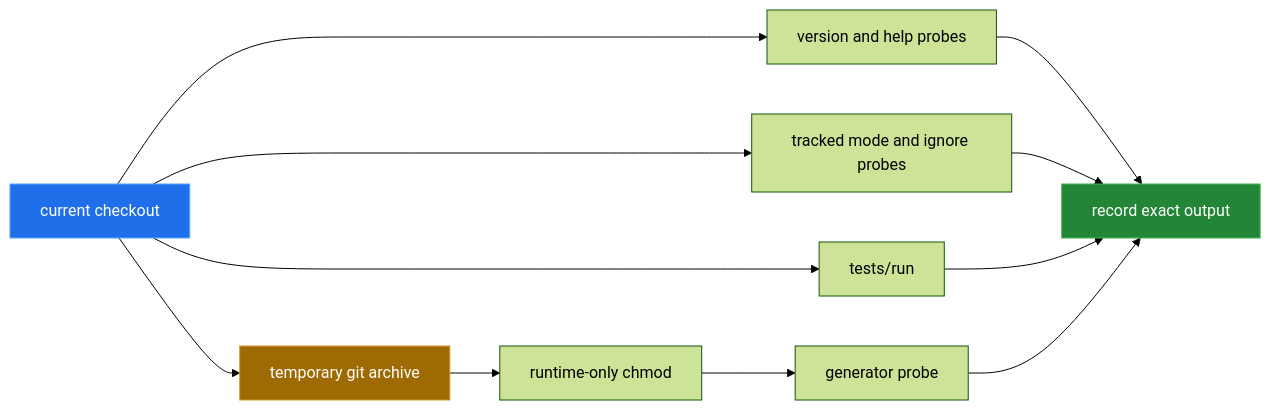
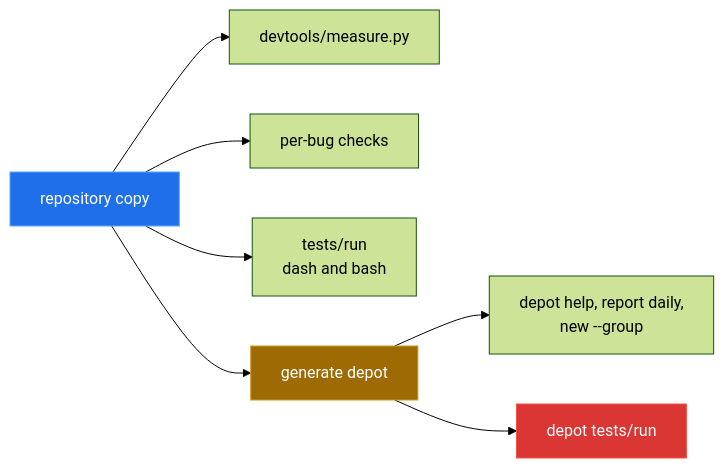
One commit to Bissbert/toolbox.sh changed the diagram in docs/measurement.md. Above: the diagram before and after it, drawn with Mermaid (forest theme). The commit also changed other lines of this file and 10 other files, not shown here.

````diff
--- a/docs/measurement.md
+++ b/docs/measurement.md
@@ -13,17 +31,13 @@
 ```mermaid
 flowchart LR
-    S["current checkout"] --> V["version and help probes"]
-    S --> T["tracked mode and ignore probes"]
-    S --> R["tests/run"]
-    S --> A["temporary git archive"]
-    A --> P["runtime-only chmod"]
-    P --> G["generator probe"]
-    V --> O["record exact output"]
-    T --> O
-    R --> O
-    G --> O
+    S["repository copy"] --> M["devtools/measure.py"]
+    S --> B["per-bug checks"]
+    S --> T["tests/run<br/>dash and bash"]
+    S --> G["generate depot"]
+    G --> GC["depot help, report daily,<br/>new --group"]
+    G --> GT["depot tests/run"]
 
     style S fill:#1f6feb,stroke:#58a6ff,color:#fff
-    style A fill:#9e6a03,stroke:#d29922,color:#fff
-    style O fill:#238636,stroke:#3fb950,color:#fff
+    style G fill:#9e6a03,stroke:#d29922,color:#fff
+    style GT fill:#da3633,stroke:#f85149,color:#fff
 ```
````
